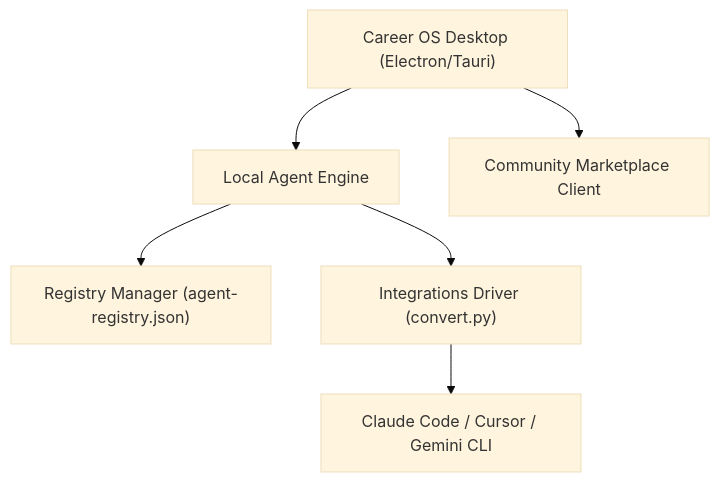
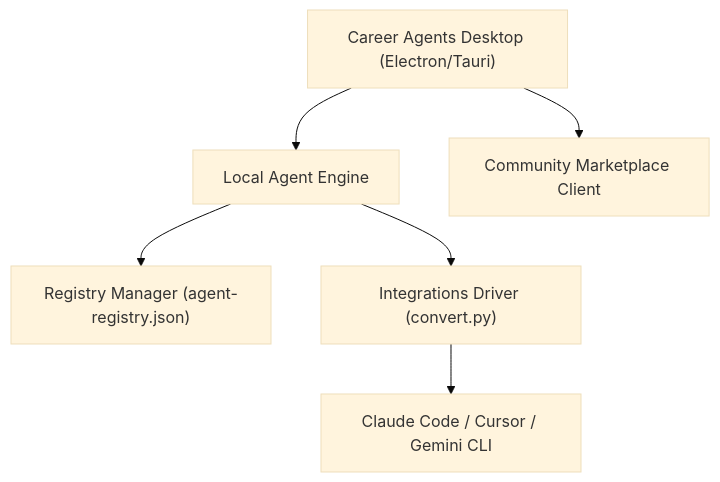
Before and after one commit to karthikrshet/Career-Agents: the first of 2 diagrams in docs/platform-architecture.md, drawn with Mermaid (base theme). The commit also changed other lines of this file and 151 other files, not shown here.

First line of the commit message:
feat(security): integrate SSRF defense network and rebrand platform to Career Agents

````diff
--- a/docs/platform-architecture.md
+++ b/docs/platform-architecture.md
@@ -11,8 +11,8 @@
 ```mermaid
 graph TD
-    A["Career OS Desktop (Electron/Tauri)"] --> B["Local Agent Engine"]
+    A["Career Agents Desktop (Electron/Tauri)"] --> B["Local Agent Engine"]
     B --> C["Registry Manager (agent-registry.json)"]
     B --> D["Integrations Driver (convert.py)"]
     A --> E["Community Marketplace Client"]
     D --> F["Claude Code / Cursor / Gemini CLI"]
 ```
````
